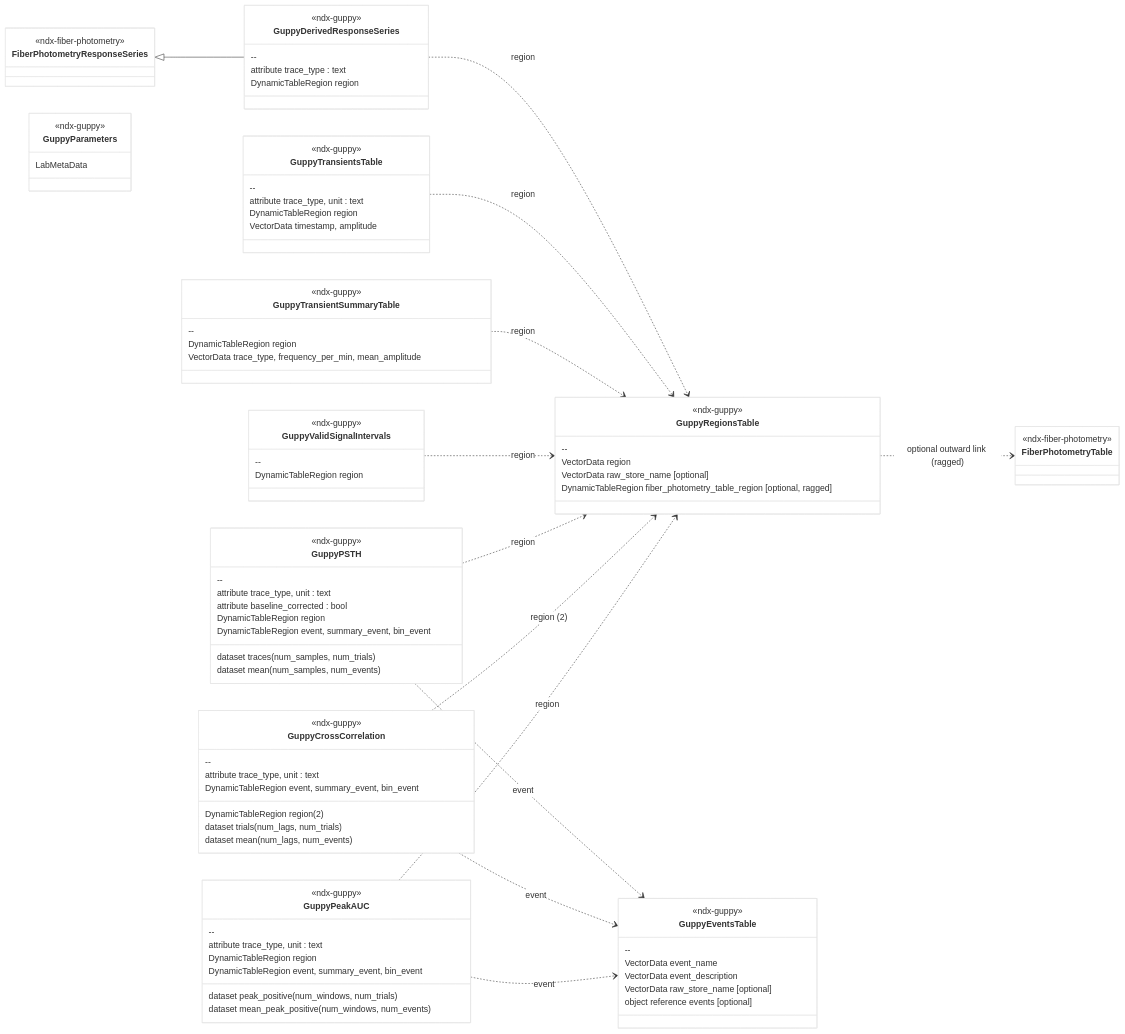
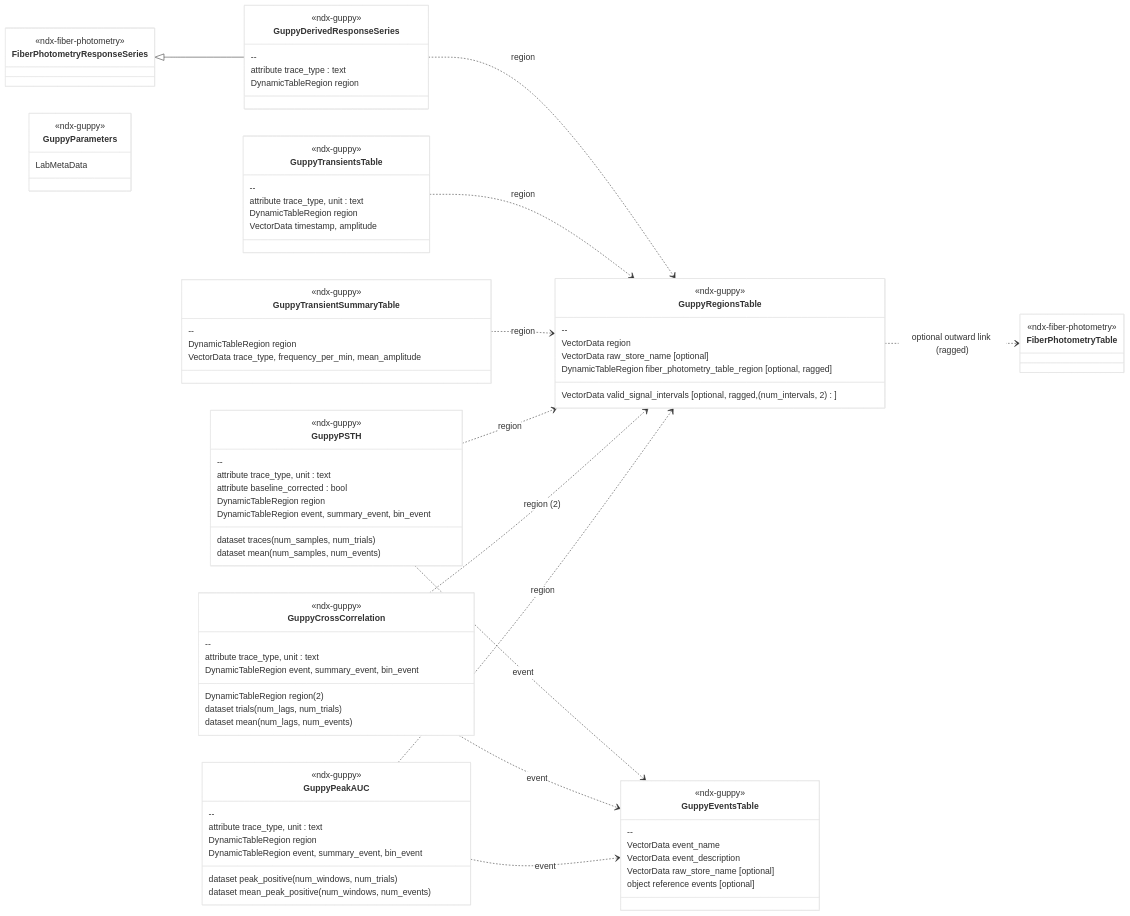
One commit to catalystneuro/ndx-guppy changed the diagram in README.md. Above: the diagram before and after it, drawn with Mermaid. The commit also changed other lines of this file and 5 other files, not shown here.

First line of the commit message:
Move valid-signal intervals onto GuppyRegionsTable as a ragged column

```diff
--- a/README.md
+++ b/README.md
@@ -234,6 +238,7 @@
         VectorData region
         VectorData raw_store_name [optional]
         DynamicTableRegion fiber_photometry_table_region [optional, ragged]
+        VectorData valid_signal_intervals [optional, ragged, (num_intervals, 2)]
     }
     class GuppyEventsTable {
         <<ndx-guppy>>
@@ -285,11 +290,6 @@
         dataset peak_positive (num_windows, num_trials)
         dataset mean_peak_positive (num_windows, num_events)
     }
-    class GuppyValidSignalIntervals {
-        <<ndx-guppy>>
-        --
-        DynamicTableRegion region
-    }
     class GuppyParameters {
         <<ndx-guppy>>
         LabMetaData
@@ -298,7 +298,6 @@
     GuppyDerivedResponseSeries ..> GuppyRegionsTable : region
     GuppyTransientsTable ..> GuppyRegionsTable : region
     GuppyTransientSummaryTable ..> GuppyRegionsTable : region
-    GuppyValidSignalIntervals ..> GuppyRegionsTable : region
     GuppyPSTH ..> GuppyRegionsTable : region
     GuppyPSTH ..> GuppyEventsTable : event
     GuppyCrossCorrelation ..> GuppyRegionsTable : region (2)
```
